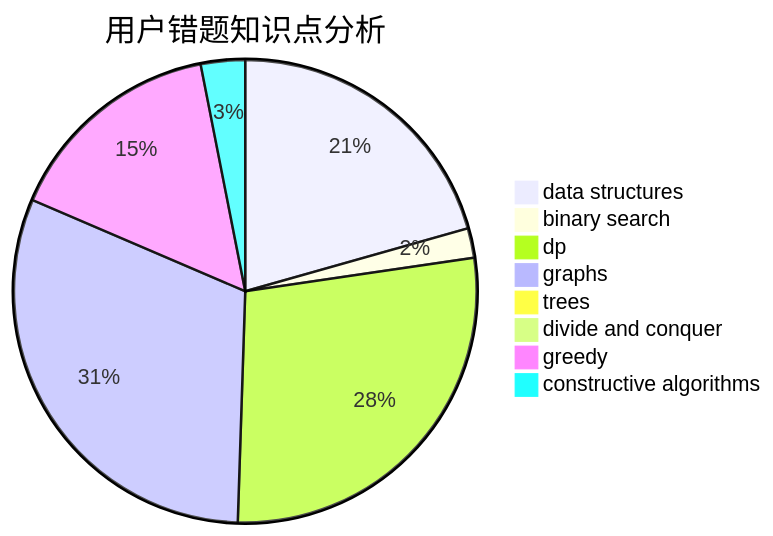
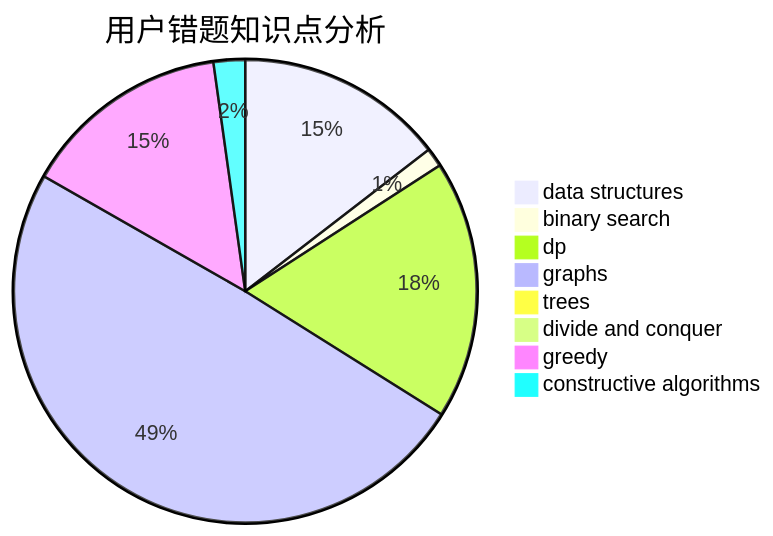
The third of 3 diagrams in docs/user/u1171.md (sherpahu/cfrs.github.io), drawn with Mermaid before and after one commit. The commit also changed other lines of this file and 2770 other files, not shown here.

````diff
--- a/docs/user/u1171.md
+++ b/docs/user/u1171.md
@@ -36,11 +36,11 @@
 ```mermaid
 pie title 用户错题知识点分析
-    "data structures" :  20
-    "binary search" :  2
-    "dp" :  27
-    "graphs" :  30
+    "data structures" :  33
+    "binary search" :  3
+    "dp" :  41
+    "graphs" :  112
     "trees" :  0
     "divide and conquer" :  0
-    "greedy" :  15
-    "constructive algorithms" :  3
+    "greedy" :  33
+    "constructive algorithms" :  5
 ```
````
